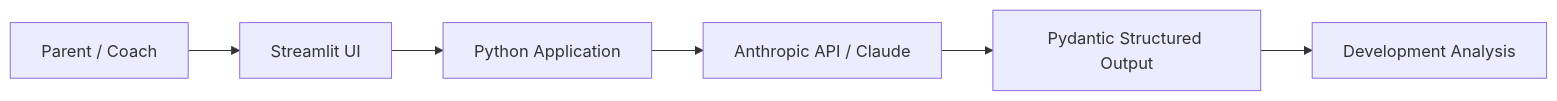
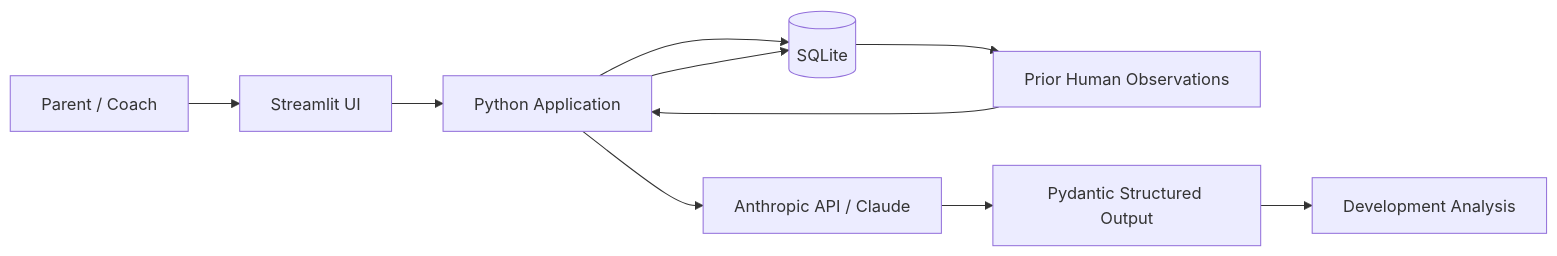
Before and after one commit to trav-smith/youth-development-coach: the diagram in README.md, drawn with Mermaid. The commit also changed other lines of this file, not shown here.

````diff
--- a/README.md
+++ b/README.md
@@ -51,8 +54,15 @@
 ```mermaid
 flowchart LR
     A[Parent / Coach] --> B[Streamlit UI]
     B --> C[Python Application]
-    C --> D[Anthropic API / Claude]
-    D --> E[Pydantic Structured Output]
-    E --> F[Development Analysis]
+
+    C --> D[(SQLite)]
+    D --> E[Prior Human Observations]
+    E --> C
+
+    C --> F[Anthropic API / Claude]
+    F --> G[Pydantic Structured Output]
+    G --> H[Development Analysis]
+
+    C --> D
 ```
````
